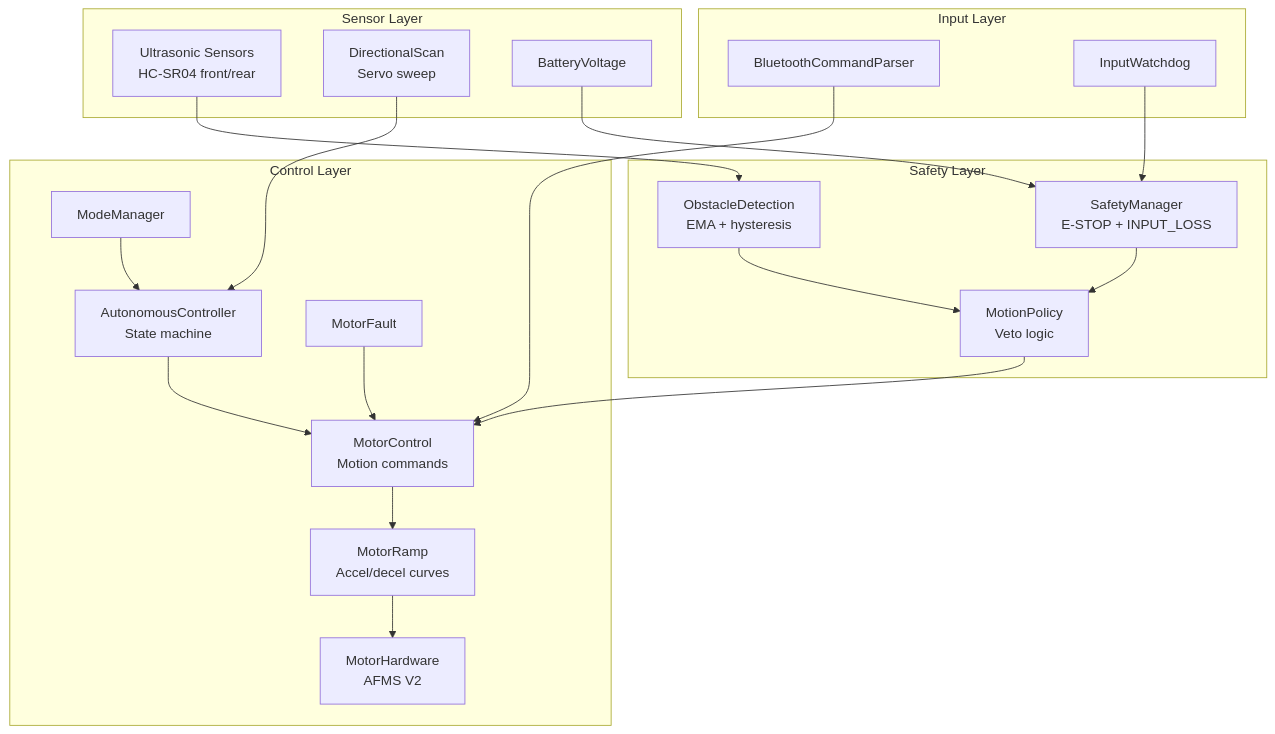
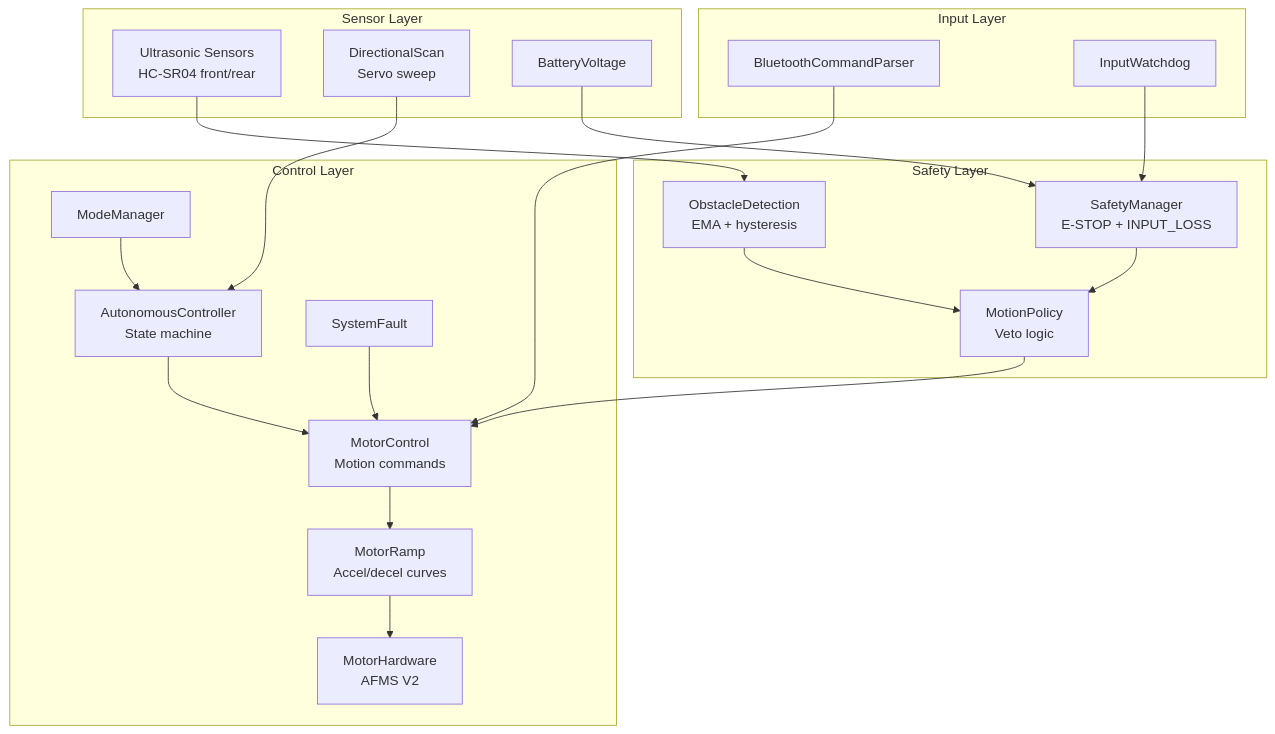
One commit to ken47-1/Project-MecanumCar changed the first of 4 diagrams in Project-MecanumCar_ARCHITECTURE.md. Above: the diagram before and after it, drawn with Mermaid. The commit also changed other lines of this file and 15 other files, not shown here.

First line of the commit message:
refactor(safety): rename MotorFault to SystemFault

````diff
--- a/Project-MecanumCar_ARCHITECTURE.md
+++ b/Project-MecanumCar_ARCHITECTURE.md
@@ -126,42 +126,42 @@
 ```mermaid
 graph TB
     subgraph Input["Input Layer"]
         BT[BluetoothCommandParser]
         WD[InputWatchdog]
     end
 
     subgraph Sensors["Sensor Layer"]
         US[Ultrasonic Sensors<br>HC-SR04 front/rear]
         DS[DirectionalScan<br>Servo sweep]
         BV[BatteryVoltage]
     end
 
     subgraph Safety["Safety Layer"]
         OD[ObstacleDetection<br>EMA + hysteresis]
         SM[SafetyManager<br>E-STOP + INPUT_LOSS]
         MP[MotionPolicy<br>Veto logic]
     end
 
     subgraph Control["Control Layer"]
         MC[MotorControl<br>Motion commands]
         MR[MotorRamp<br>Accel/decel curves]
         MH[MotorHardware<br>AFMS V2]
         AM[AutonomousController<br>State machine]
-        MF[MotorFault]
+        MF[SystemFault]
         MD[ModeManager]
     end
 
     BT --> MC
     WD --> SM
     US --> OD
     DS --> AM
     BV --> SM
     OD --> MP
     SM --> MP
     MP --> MC
     AM --> MC
     MC --> MR
     MR --> MH
     MF --> MC
     MD --> AM
 ```
````
